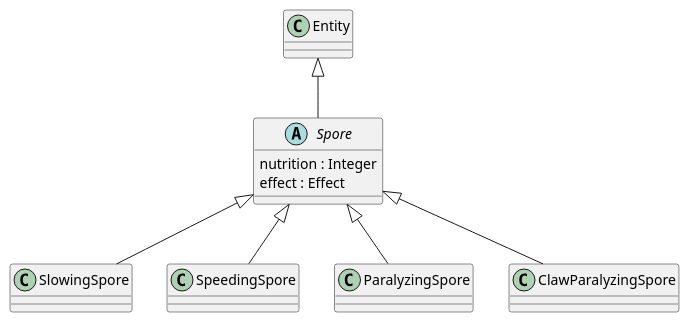
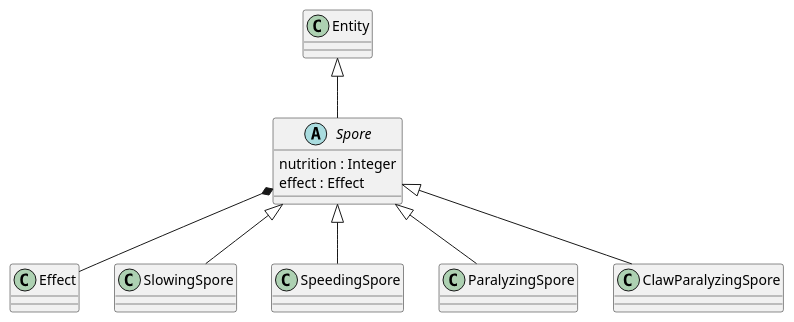
One commit to Petya-G/fungorium changed the diagram in 3/classes/spore.puml. Above: the diagram before and after it, drawn with PlantUML.

Commit message:
added Effect Spore association

```diff
--- a/3/classes/spore.puml
+++ b/3/classes/spore.puml
@@ -1,25 +1,26 @@
 @startuml spore
 
 Entity <|-- Spore
+Spore *-- Effect
 
 abstract class Spore{
     nutrition : Integer
     effect : Effect
 }
 
 Spore <|--SlowingSpore
 class SlowingSpore{
 }
 
 Spore <|--SpeedingSpore
 class SpeedingSpore{
 }
 
 Spore <|--ParalyzingSpore
 class ParalyzingSpore{
 }
 
 Spore <|--ClawParalyzingSpore
 class ClawParalyzingSpore{
 }
 @enduml	
```
